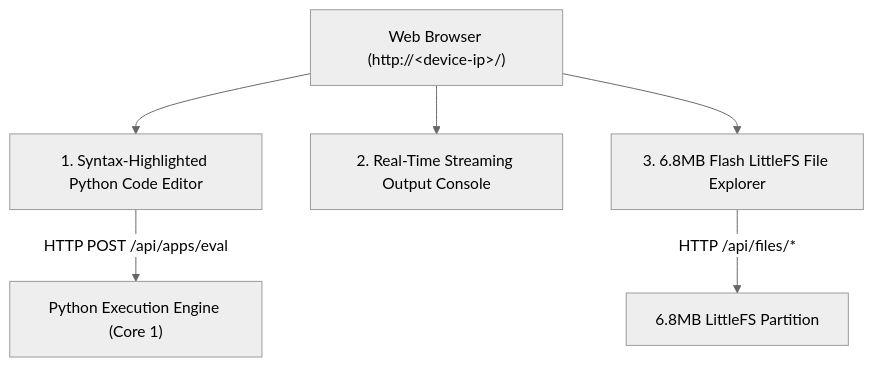
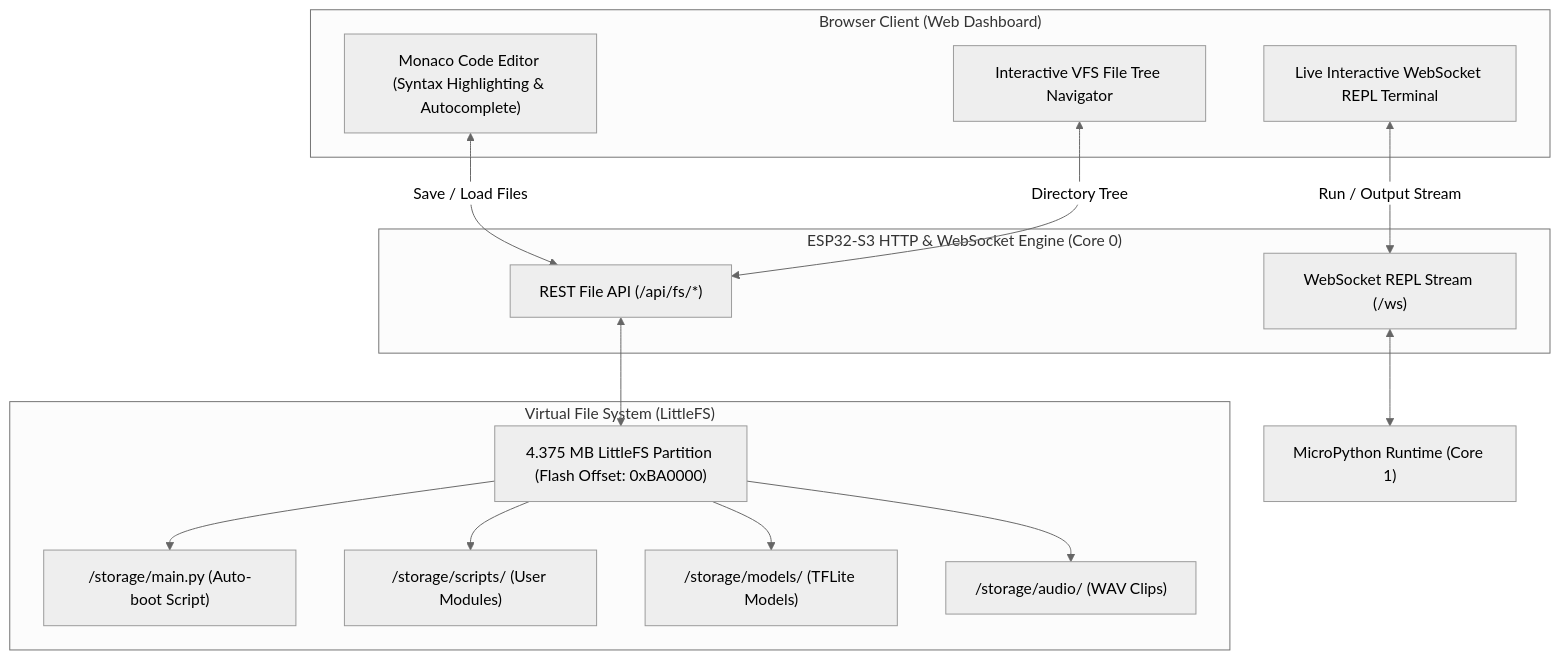
The diagram in docs/apps/web-ide.md (tamimystic/tamimystic-os), drawn with Mermaid (neutral theme) before and after one commit. The commit also changed other lines of this file and 23 other files, not shown here.

````diff
--- a/docs/apps/web-ide.md
+++ b/docs/apps/web-ide.md
@@ -9,10 +11,31 @@
 ```mermaid
 graph TD
-    BROWSER["Web Browser (http://&lt;device-ip&gt;/)"]
-    BROWSER --> EDITOR["1. Syntax-Highlighted Python Code Editor"]
-    BROWSER --> CONSOLE["2. Real-Time Streaming Output Console"]
-    BROWSER --> VFS["3. 6.8MB Flash LittleFS File Explorer"]
-    
-    EDITOR -->|HTTP POST /api/apps/eval| RUNNER["Python Execution Engine (Core 1)"]
-    VFS -->|HTTP /api/files/*| FLASH["6.8MB LittleFS Partition"]
+    subgraph BrowserClient["Browser Client (Web Dashboard)"]
+        MonacoEditor["Monaco Code Editor (Syntax Highlighting & Autocomplete)"]
+        FileTree["Interactive VFS File Tree Navigator"]
+        REPLTerminal["Live Interactive WebSocket REPL Terminal"]
+    end
+
+    subgraph ESP32Server["ESP32-S3 HTTP & WebSocket Engine (Core 0)"]
+        FSEndpoints["REST File API (/api/fs/*)"]
+        WSHandler["WebSocket REPL Stream (/ws)"]
+    end
+
+    subgraph StorageSubsystem["Virtual File System (LittleFS)"]
+        FlashVFS["4.375 MB LittleFS Partition (Flash Offset: 0xBA0000)"]
+        MainPy["/storage/main.py (Auto-boot Script)"]
+        ScriptsDir["/storage/scripts/ (User Modules)"]
+        ModelsDir["/storage/models/ (TFLite Models)"]
+        AudioDir["/storage/audio/ (WAV Clips)"]
+    end
+
+    MonacoEditor <-->|Save / Load Files| FSEndpoints
+    FileTree <-->|Directory Tree| FSEndpoints
+    REPLTerminal <-->|Run / Output Stream| WSHandler
+    FSEndpoints <--> FlashVFS
+    WSHandler <--> PyEngine["MicroPython Runtime (Core 1)"]
+    FlashVFS --> MainPy
+    FlashVFS --> ScriptsDir
+    FlashVFS --> ModelsDir
+    FlashVFS --> AudioDir
 ```
````
